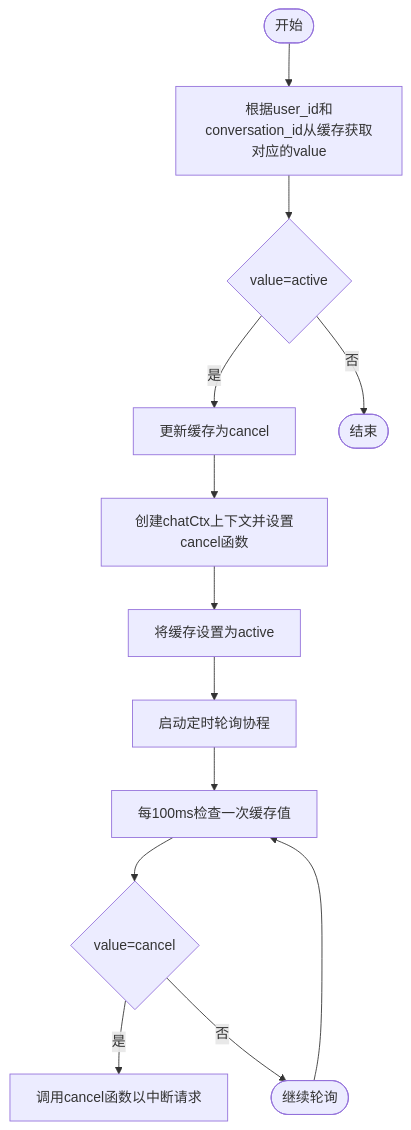
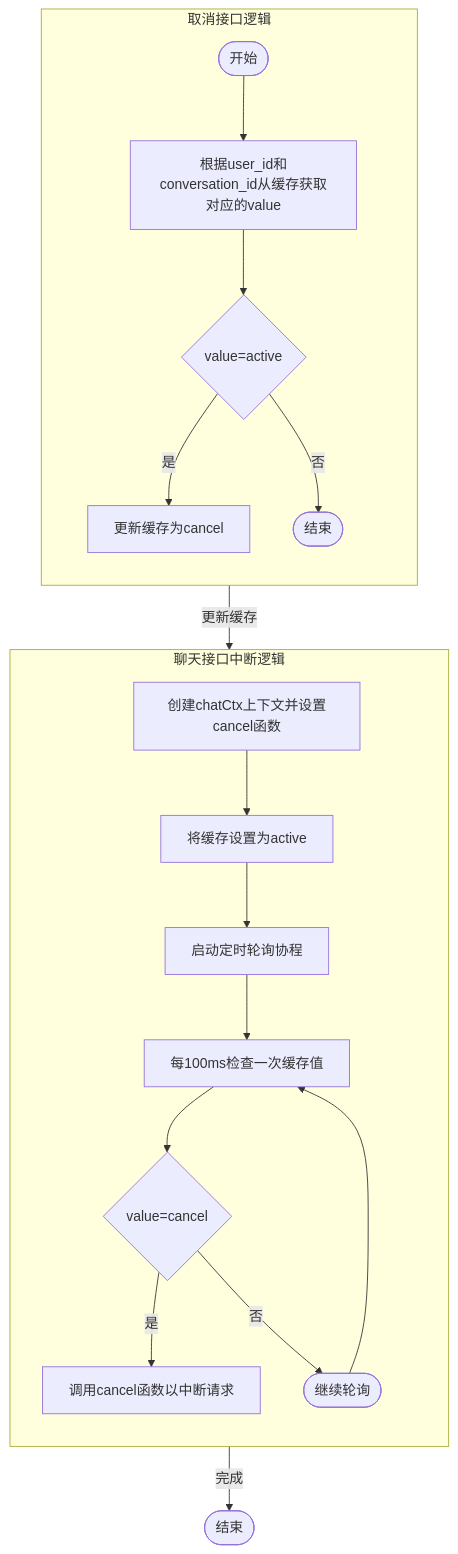
One commit to yingjianzh/iodraw-files changed the diagram in all/未命名-20.md. Above: the diagram before and after it, drawn with Mermaid.

Commit message:
2025-02-05 16:27:45 update

````diff
--- a/all/未命名-20.md
+++ b/all/未命名-20.md
@@ -1,16 +1,25 @@
 ```mermaid
 flowchart TD
-    Start([开始]) --> A[根据user_id和conversation_id从缓存获取对应的value]
-    A --> B{value=active}
-    B --> |是| C[更新缓存为cancel]
-    B --> |否| End2([结束])
-    C --> D[创建chatCtx上下文并设置cancel函数]
-    D --> E[将缓存设置为active]
-    E --> F[启动定时轮询协程]
-    F --> G[每100ms检查一次缓存值]
-    G --> H{value=cancel}
-    H --> |是| I[调用cancel函数以中断请求]
-    H --> |否| J([继续轮询])
-    J --> G
+    subgraph CancelInterface[取消接口逻辑]
+        direction TB
+        Start([开始]) --> A[根据user_id和conversation_id从缓存获取对应的value]
+        A --> B{value=active}
+        B --> |是| C[更新缓存为cancel]
+        B --> |否| End2([结束])
+    end
+
+    subgraph ChatInterface[聊天接口中断逻辑]
+        direction TB
+        D[创建chatCtx上下文并设置cancel函数] --> E[将缓存设置为active]
+        E --> F[启动定时轮询协程]
+        F --> G[每100ms检查一次缓存值]
+        G --> H{value=cancel}
+        H --> |是| I[调用cancel函数以中断请求]
+        H --> |否| J([继续轮询])
+        J --> G
+    end
+
+    C --> |更新缓存| ChatInterface
+    ChatInterface --> |完成| End3([结束])
 
 ```
````
